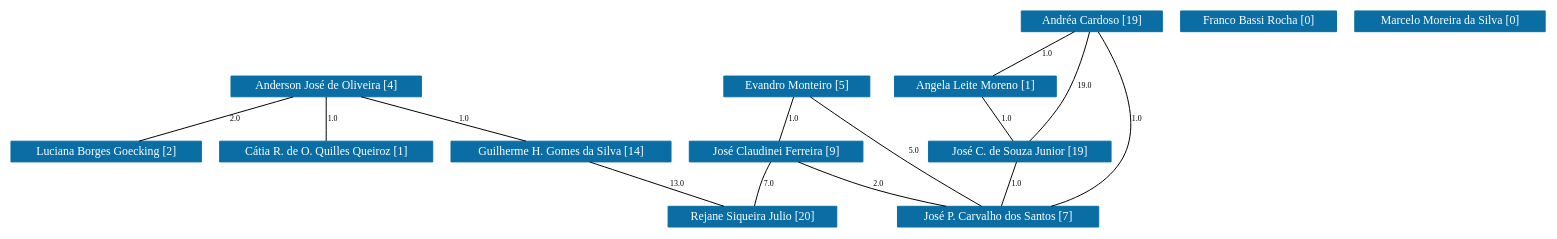
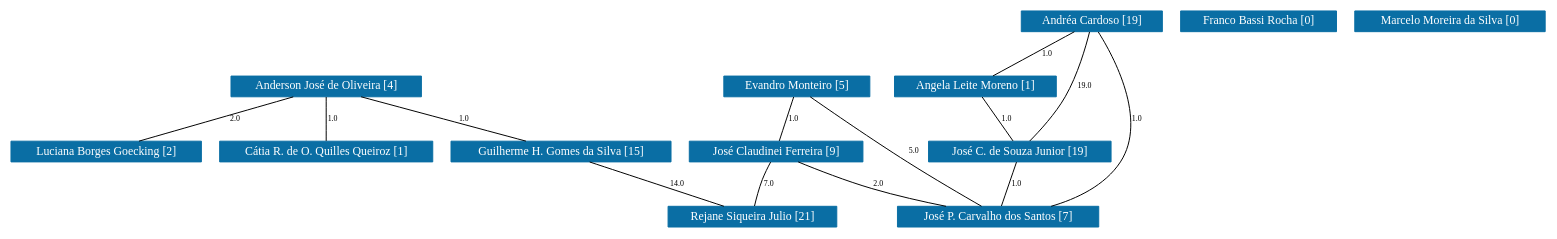
The diagram in dm/grafoDeColaboracoesComPesos.dot (icamps/unifal-lattes.github.io), drawn with Graphviz before and after one commit. The commit also changed 967 other files, not shown here.

```diff
--- a/dm/grafoDeColaboracoesComPesos.dot
+++ b/dm/grafoDeColaboracoesComPesos.dot
@@ -1,154 +1,154 @@
 strict graph grafo2 {
 	graph [bb="0,0,1297,219",
 		id=grafo2,
 		overlap=False
 	];
 	node [fontsize=12,
 		label="\N",
 		shape=rectangle,
 		style=filled
 	];
 	0	 [URL="membro-1349156075777095.html",
 		color="#0A6EA4",
 		fontcolor="#FFFFFF",
 		height=0.29167,
 		label="Anderson José de Oliveira [4]",
 		pos="266,142.5",
 		width=2.1944];
 	3	 [URL="membro-0061488493893247.html",
 		color="#0A6EA4",
 		fontcolor="#FFFFFF",
 		height=0.29167,
 		label="Cátia R. de O. Quilles Queiroz [1]",
 		pos="266,76.5",
 		width=2.4861];
 	0 -- 3	 [fontsize=8,
 		label=1.0,
 		lp="271,109.5",
 		pos="266,131.9 266,119.65 266,99.622 266,87.297"];
 	6	 [URL="membro-5817829882396943.html",
 		color="#0A6EA4",
 		fontcolor="#FFFFFF",
 		height=0.29167,
-		label="Guilherme H. Gomes da Silva [14]",
+		label="Guilherme H. Gomes da Silva [15]",
 		pos="465,76.5",
 		width=2.5417];
 	0 -- 6	 [fontsize=8,
 		label=1.0,
 		lp="382,109.5",
 		pos="297.97,131.9 335.11,119.58 396,99.383 433.11,87.078"];
 	10	 [URL="membro-4139948635593421.html",
 		color="#0A6EA4",
 		fontcolor="#FFFFFF",
 		height=0.29167,
 		label="Luciana Borges Goecking [2]",
 		pos="79,76.5",
 		width=2.1944];
 	0 -- 10	 [fontsize=8,
 		label=2.0,
 		lp="188,109.5",
 		pos="235.96,131.9 201.06,119.58 143.83,99.383 108.97,87.078"];
 	12	 [URL="membro-1798884495942862.html",
 		color="#0A6EA4",
 		fontcolor="#FFFFFF",
 		height=0.29167,
-		label="Rejane Siqueira Julio [20]",
+		label="Rejane Siqueira Julio [21]",
 		pos="583,10.5",
 		width=1.9306];
 	6 -- 12	 [fontsize=8,
-		label=13.0,
+		label=14.0,
 		lp="538,43.5",
 		pos="483.96,65.896 505.98,53.58 542.09,33.383 564.09,21.078"];
 	1	 [URL="membro-6016565950437007.html",
 		color="#0A6EA4",
 		fontcolor="#FFFFFF",
 		height=0.29167,
 		label="Andréa Cardoso [19]",
 		pos="920,208.5",
 		width=1.625];
 	2	 [URL="membro-5106302431642025.html",
 		color="#0A6EA4",
 		fontcolor="#FFFFFF",
 		height=0.29167,
 		label="Angela Leite Moreno [1]",
 		pos="816,142.5",
 		width=1.875];
 	1 -- 2	 [fontsize=8,
 		label=1.0,
 		lp="879,175.5",
 		pos="903.29,197.9 883.88,185.58 852.06,165.38 832.67,153.08"];
 	7	 [URL="membro-1690570104837528.html",
 		color="#0A6EA4",
 		fontcolor="#FFFFFF",
 		height=0.29167,
 		label="José C. de Souza Junior [19]",
 		pos="858,76.5",
 		width=2.1111];
 	1 -- 7	 [fontsize=8,
 		label=19.0,
 		lp="908,142.5",
 		pos="917.05,197.81 912.71,182.73 903.93,154.56 893,132 885.06,115.6 873.37,98.017 865.72,87.14"];
 	9	 [URL="membro-9393213180145144.html",
 		color="#0A6EA4",
 		fontcolor="#FFFFFF",
 		height=0.29167,
 		label="José P. Carvalho dos Santos [7]",
 		pos="789,10.5",
 		width=2.3056];
 	1 -- 9	 [fontsize=8,
 		label=1.0,
 		lp="960,109.5",
 		pos="926.52,197.68 940.96,172.2 972.1,107.42 943,66 930.3,47.92 876.21,31.327 835.69,21.085"];
 	2 -- 7	 [fontsize=8,
 		label=1.0,
 		lp="844,109.5",
 		pos="822.75,131.9 830.54,119.65 843.29,99.622 851.13,87.297"];
 	7 -- 9	 [fontsize=8,
 		label=1.0,
 		lp="832,43.5",
 		pos="846.91,65.896 834.11,53.653 813.17,33.622 800.29,21.297"];
 	4	 [URL="membro-3089568911577519.html",
 		color="#0A6EA4",
 		fontcolor="#FFFFFF",
 		height=0.29167,
 		label="Evandro Monteiro [5]",
 		pos="664,142.5",
 		width=1.6667];
 	4 -- 9	 [fontsize=8,
 		label=5.0,
 		lp="750,76.5",
 		pos="677.37,131.84 690.54,121.08 710.95,103.72 727,87 748.19,64.922 770.06,36.317 781.3,21.107"];
 	8	 [URL="membro-6808752952332925.html",
 		color="#0A6EA4",
 		fontcolor="#FFFFFF",
 		height=0.29167,
 		label="José Claudinei Ferreira [9]",
 		pos="646,76.5",
 		width=1.9861];
 	4 -- 8	 [fontsize=8,
 		label=1.0,
 		lp="661,109.5",
 		pos="661.11,131.9 657.77,119.65 652.31,99.622 648.94,87.297"];
 	8 -- 12	 [fontsize=8,
 		label=7.0,
 		lp="623,43.5",
 		pos="635.88,65.896 624.19,53.653 605.07,33.622 593.31,21.297"];
 	8 -- 9	 [fontsize=8,
 		label=2.0,
 		lp="731,43.5",
 		pos="668.98,65.896 695.66,53.58 739.42,33.383 766.08,21.078"];
 	5	 [URL="membro-0165435409542220.html",
 		color="#0A6EA4",
 		fontcolor="#FFFFFF",
 		height=0.29167,
 		label="Franco Bassi Rocha [0]",
 		pos="1061,208.5",
 		width=1.7778];
 	11	 [URL="membro-6715092420026095.html",
 		color="#0A6EA4",
 		fontcolor="#FFFFFF",
 		height=0.29167,
 		label="Marcelo Moreira da Silva [0]",
 		pos="1220,208.5",
 		width=2.1389];
 }
```
